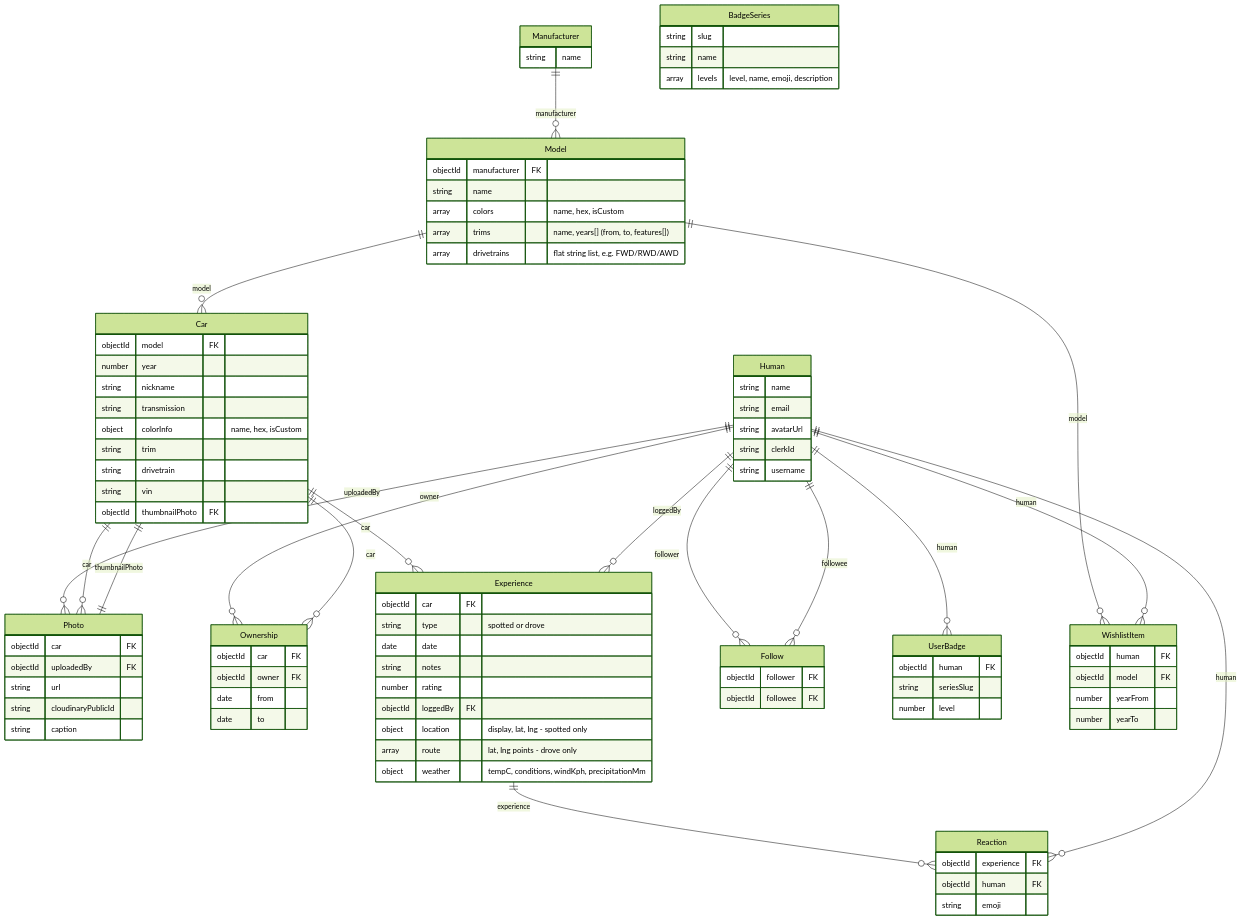
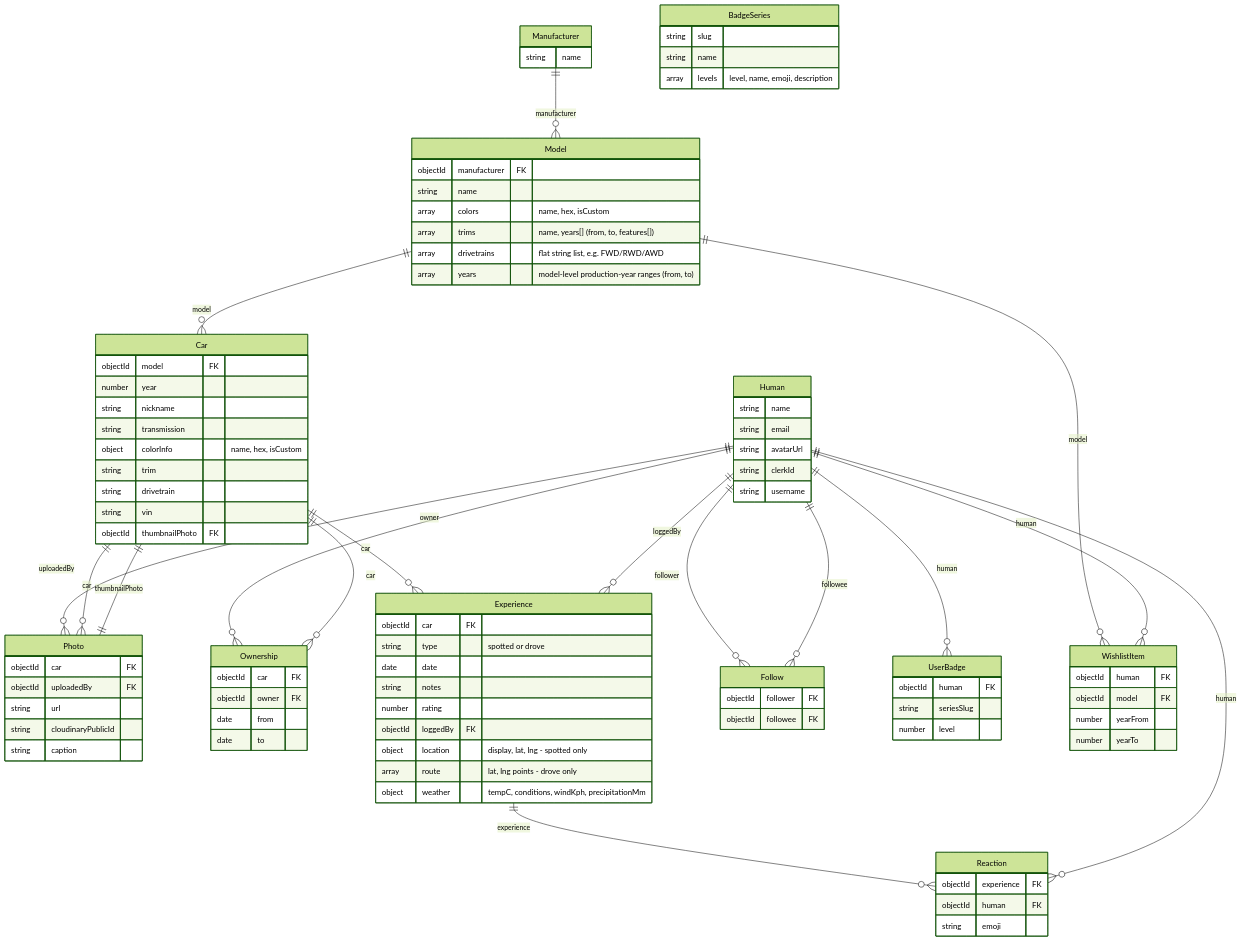
The diagram in docs/db_schema.md (UUeird/dyno), drawn with Mermaid (forest theme) before and after one commit. The commit also changed other lines of this file and 6 other files, not shown here.

First line of the commit message:
Add Model-level production-year ranges, separate from trim availability

```diff
--- a/docs/db_schema.md
+++ b/docs/db_schema.md
@@ -22,6 +22,7 @@
         array colors "name, hex, isCustom"
         array trims "name, years[] (from, to, features[])"
         array drivetrains "flat string list, e.g. FWD/RWD/AWD"
+        array years "model-level production-year ranges (from, to)"
     }
     Car {
         objectId model FK
```
